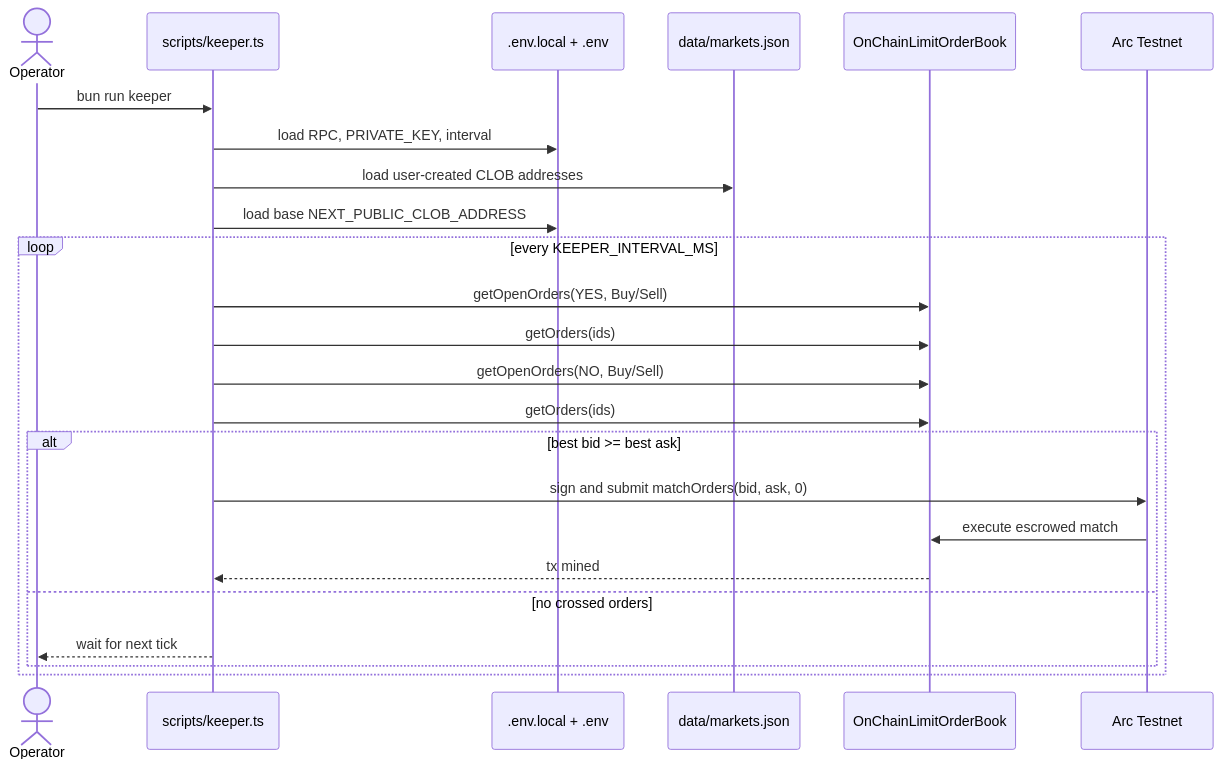
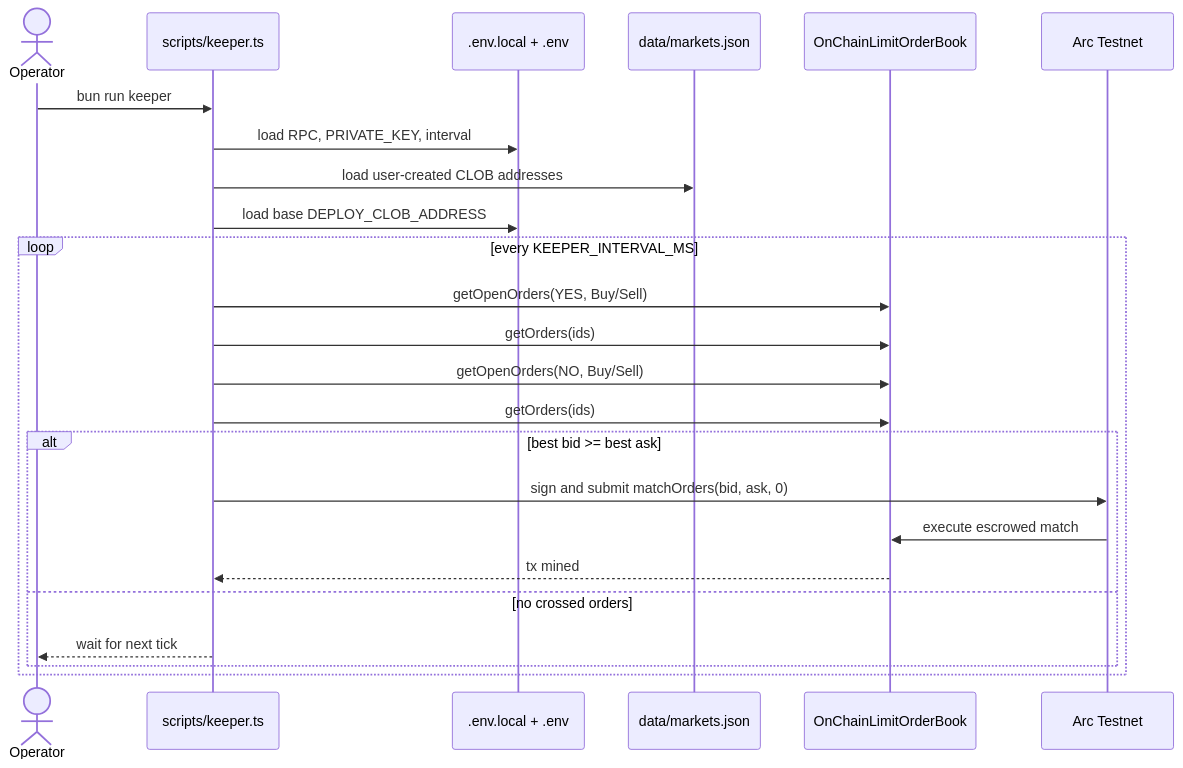
The sixth of 7 diagrams in docs/prediction-market-flow-ascii-mermaid.md (Kirashchuk/Predict-Edge), drawn with Mermaid before and after one commit. The commit also changed other lines of this file and 50 other files, not shown here.

````diff
--- a/docs/prediction-market-flow-ascii-mermaid.md
+++ b/docs/prediction-market-flow-ascii-mermaid.md
@@ -228,27 +228,27 @@
 ```mermaid
 sequenceDiagram
     actor Op as Operator
     participant Keeper as scripts/keeper.ts
     participant Env as .env.local + .env
     participant Store as data/markets.json
     participant CLOB as OnChainLimitOrderBook
     participant Chain as Arc Testnet
 
     Op->>Keeper: bun run keeper
     Keeper->>Env: load RPC, PRIVATE_KEY, interval
     Keeper->>Store: load user-created CLOB addresses
-    Keeper->>Env: load base NEXT_PUBLIC_CLOB_ADDRESS
+    Keeper->>Env: load base DEPLOY_CLOB_ADDRESS
     loop every KEEPER_INTERVAL_MS
         Keeper->>CLOB: getOpenOrders(YES, Buy/Sell)
         Keeper->>CLOB: getOrders(ids)
         Keeper->>CLOB: getOpenOrders(NO, Buy/Sell)
         Keeper->>CLOB: getOrders(ids)
         alt best bid >= best ask
             Keeper->>Chain: sign and submit matchOrders(bid, ask, 0)
             Chain->>CLOB: execute escrowed match
             CLOB-->>Keeper: tx mined
         else no crossed orders
             Keeper-->>Op: wait for next tick
         end
     end
 ```
````
